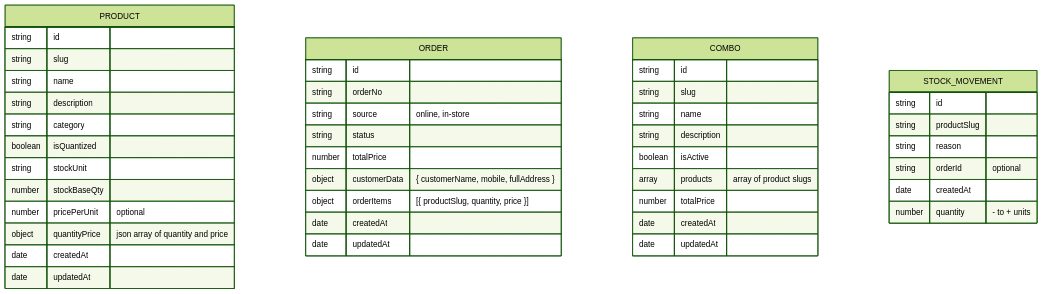
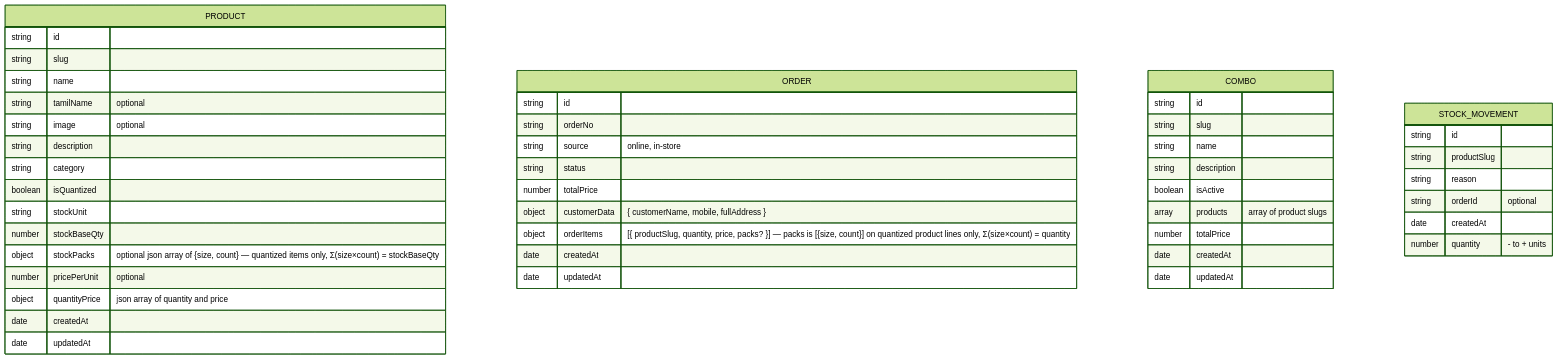
The diagram in packages/er_diagram.md (bensiqueenmart/bensiqueenmart), drawn with Mermaid (forest theme) before and after one commit. The commit also changed 1 other file, not shown here.

Commit message:
feat(types): quantized pack model + combo order lines
- PackCount { size, count }; Product.stockPacks (quantized only,
  sum = stockBaseQty, [] when zero-stock, omitted when loose)
- OrderItem: productSlug/comboSlug union, packs on quantized
  product lines only (sum = quantity)
- OrderStatus lifecycle type; tamilName/image kept lossless
- er_diagram.md mirrors the new shapes

````diff
--- a/packages/er_diagram.md
+++ b/packages/er_diagram.md
@@ -3,50 +3,53 @@
 ```mermaid
 erDiagram
     PRODUCT {
         string id
         string slug
         string name
+        string tamilName "optional"
+        string image "optional"
         string description
         string category
         boolean isQuantized
         string stockUnit
         number stockBaseQty
+        object stockPacks "optional json array of {size, count} — quantized items only, Σ(size×count) = stockBaseQty"
         number pricePerUnit "optional"
         object quantityPrice "json array of quantity and price"
         date createdAt
         date updatedAt
     }
 
     ORDER {
         string id
         string orderNo
         string source "online, in-store"
         string status
         number totalPrice
         object customerData "{ customerName, mobile, fullAddress }"
-        object orderItems "[{ productSlug, quantity, price }]"
+        object orderItems "[{ productSlug, quantity, price, packs? }] — packs is [{size, count}] on quantized product lines only, Σ(size×count) = quantity"
         date createdAt
         date updatedAt
     }
 
     COMBO {
         string id
         string slug
         string name
         string description
         boolean isActive
         array products "array of product slugs"
         number totalPrice
         date createdAt
         date updatedAt
     }
 
     STOCK_MOVEMENT {
         string id
         string productSlug
         string reason
         string orderId "optional"
         date createdAt
         number quantity "- to + units"
     }
 ```
````
